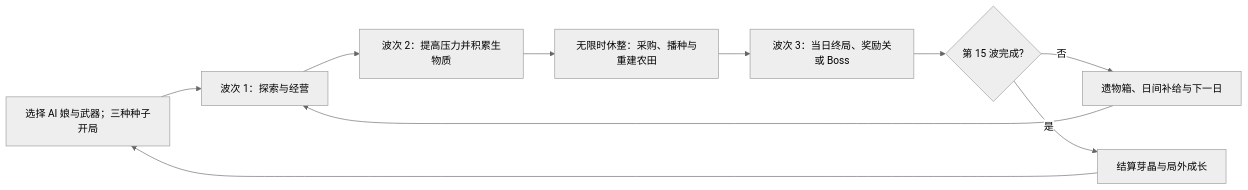
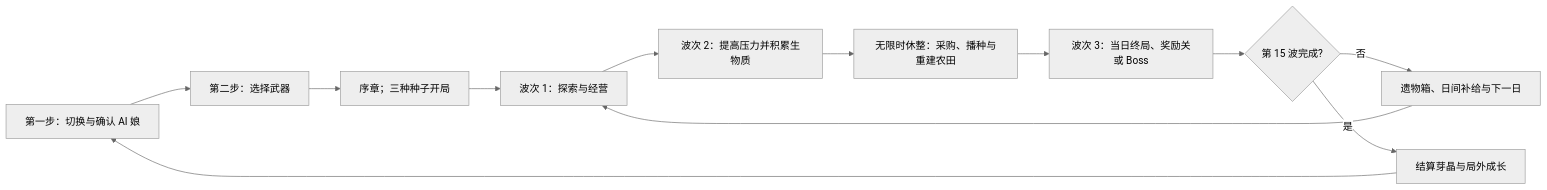
The diagram in wildroot/GAME_DESIGN_DOCUMENT.md (CJ-Dzz/D02), drawn with Mermaid (neutral theme) before and after one commit. The commit also changed other lines of this file and 10 other files, not shown here.

````diff
--- a/wildroot/GAME_DESIGN_DOCUMENT.md
+++ b/wildroot/GAME_DESIGN_DOCUMENT.md
@@ -31,12 +31,14 @@
 ```mermaid
 flowchart LR
-    A[选择 AI 娘与武器；三种种子开局] --> B[波次 1：探索与经营]
+    A[第一步：切换与确认 AI 娘] --> A2[第二步：选择武器]
+    A2 --> A3[序章；三种种子开局]
+    A3 --> B[波次 1：探索与经营]
     B --> C[波次 2：提高压力并积累生物质]
     C --> R[无限时休整：采购、播种与重建农田]
     R --> E[波次 3：当日终局、奖励关或 Boss]
     E --> F{第 15 波完成?}
     F -- 否 --> G[遗物箱、日间补给与下一日]
     G --> B
     F -- 是 --> L[结算芽晶与局外成长]
     L --> A
 ```
````
